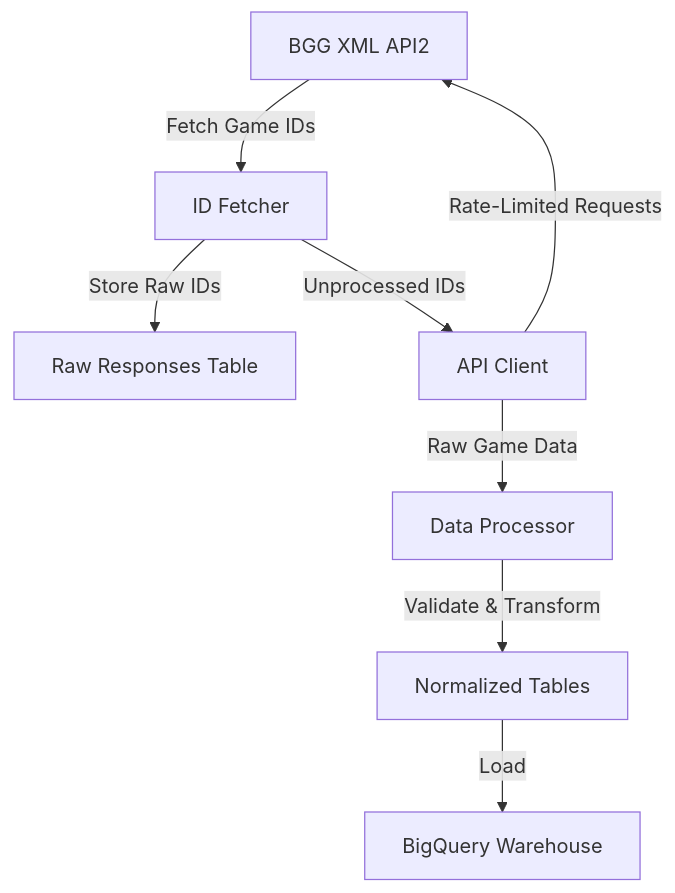
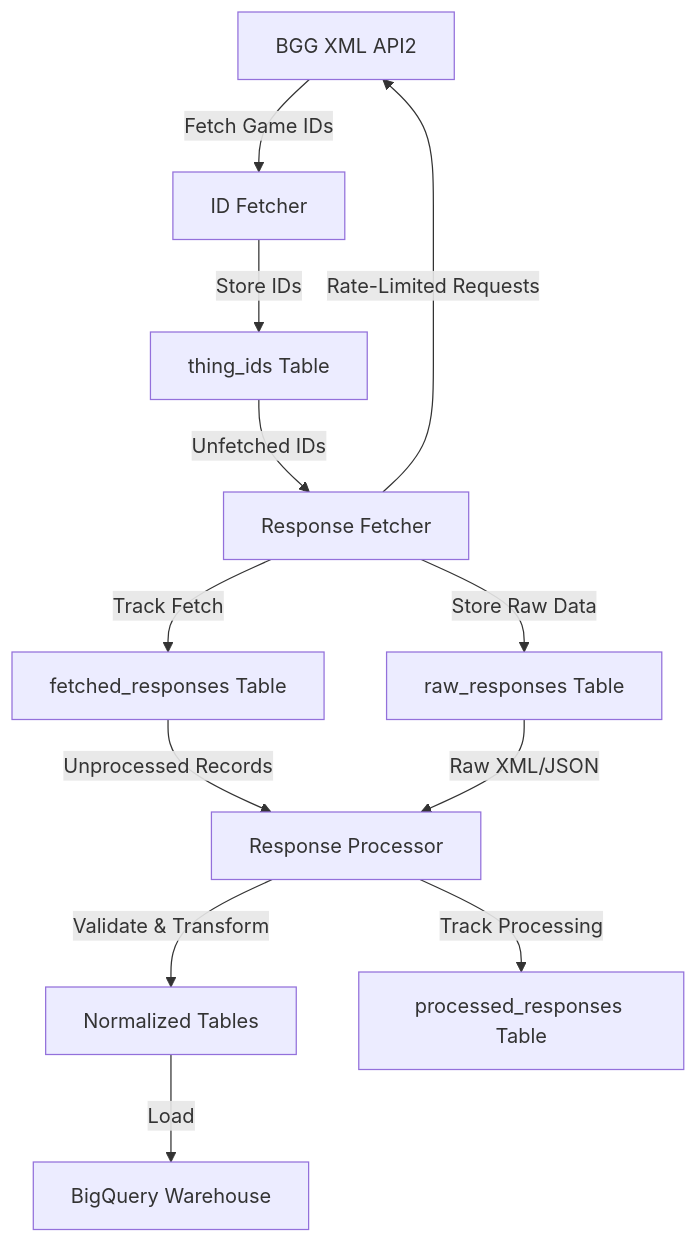
Before and after one commit to phenrickson/bgg-data-warehouse: the diagram in README.md, drawn with Mermaid. The commit also changed other lines of this file and 2 other files, not shown here.

````diff
--- a/README.md
+++ b/README.md
@@ -64,10 +78,14 @@
 ```mermaid
 graph TD
     A[BGG XML API2] -->|Fetch Game IDs| B[ID Fetcher]
-    B -->|Store Raw IDs| C[Raw Responses Table]
-    B -->|Unprocessed IDs| D[API Client]
+    B -->|Store IDs| C[thing_ids Table]
+    C -->|Unfetched IDs| D[Response Fetcher]
     D -->|Rate-Limited Requests| A
-    D -->|Raw Game Data| E[Data Processor]
-    E -->|Validate & Transform| F[Normalized Tables]
-    F -->|Load| G[BigQuery Warehouse]
+    D -->|Store Raw Data| E[raw_responses Table]
+    D -->|Track Fetch| F[fetched_responses Table]
+    F -->|Unprocessed Records| G[Response Processor]
+    E -->|Raw XML/JSON| G
+    G -->|Validate & Transform| H[Normalized Tables]
+    G -->|Track Processing| I[processed_responses Table]
+    H -->|Load| J[BigQuery Warehouse]
 ```
````
